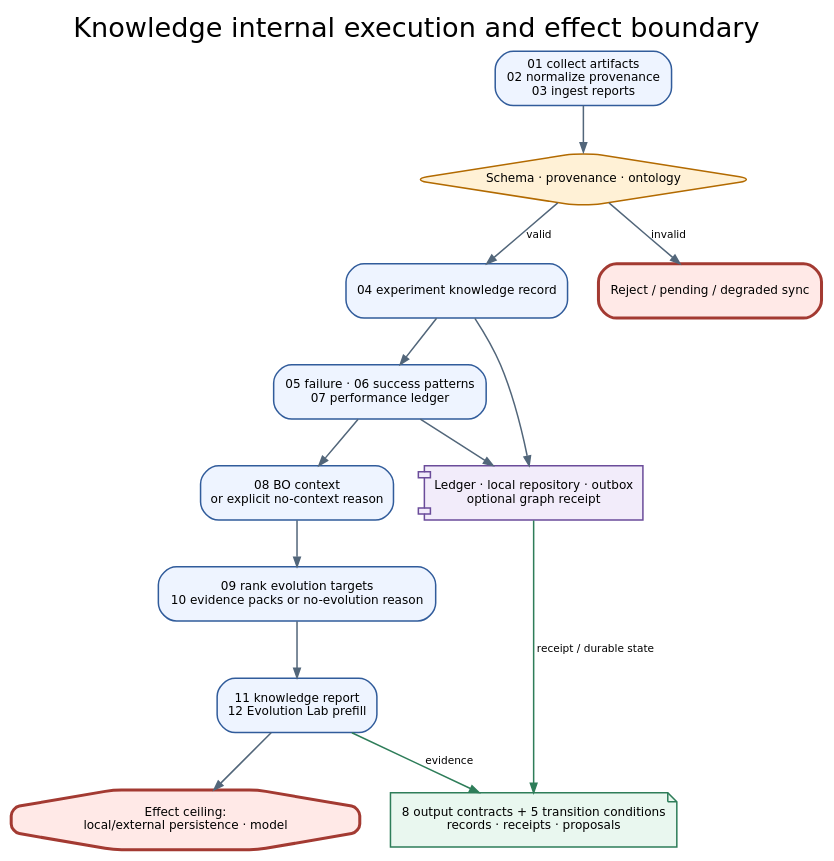
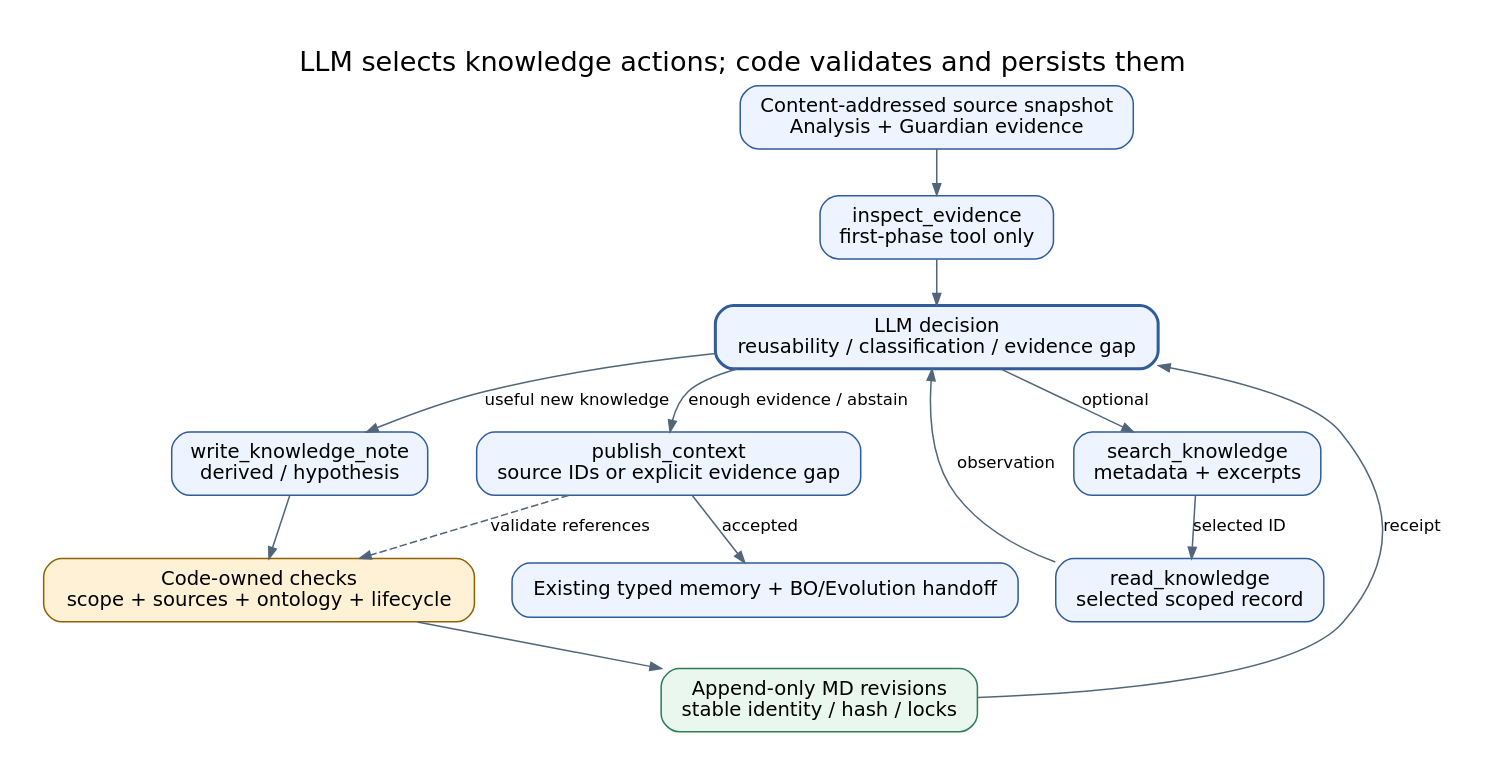
The diagram in docs/agents/assets/figures/knowledge_02_execution_effect_boundary.dot (JIN9811/autonomous_researcher), drawn with Graphviz before and after one commit. The commit also changed 49 other files, not shown here.

First line of the commit message:
feat(knowledge): add ontology-scoped Markdown memory and LLM tool decisions

```diff
--- a/docs/agents/assets/figures/knowledge_02_execution_effect_boundary.dot
+++ b/docs/agents/assets/figures/knowledge_02_execution_effect_boundary.dot
@@ -1,24 +1,25 @@
 digraph knowledge_execution_effect_boundary {
-  graph [rankdir=TB, bgcolor="transparent", pad="0.25", nodesep="0.28", ranksep="0.42", fontname="DejaVu Sans", label="Knowledge internal execution and effect boundary", labelloc="t", fontsize=18];
-  node [shape=box, style="rounded,filled", fillcolor="#EEF4FF", color="#315C9B", fontname="DejaVu Sans", fontsize=8.0, margin="0.08,0.06"];
-  edge [color="#52667A", fontname="DejaVu Sans", fontsize=7.0, arrowsize=0.62];
-  collect [label="01 collect artifacts\n02 normalize provenance\n03 ingest reports"];
-  gate [label="Schema · provenance · ontology", shape=diamond, fillcolor="#FFF1D6", color="#B26A00"];
-  record [label="04 experiment knowledge record"];
-  patterns [label="05 failure · 06 success patterns\n07 performance ledger"];
-  context [label="08 BO context\nor explicit no-context reason"];
-  evolution [label="09 rank evolution targets\n10 evidence packs or no-evolution reason"];
-  output [label="11 knowledge report\n12 Evolution Lab prefill"];
-  service [label="Ledger · local repository · outbox\noptional graph receipt", shape=component, fillcolor="#F2ECFA", color="#6B4C9A"];
-  evidence [label="8 output contracts + 5 transition conditions\nrecords · receipts · proposals", shape=note, fillcolor="#E9F7EF", color="#2E7D59"];
-  reject [label="Reject / pending / degraded sync", fillcolor="#FFE9E7", color="#A33A32", penwidth=2];
-  effect [label="Effect ceiling:\nlocal/external persistence · model", shape=octagon, fillcolor="#FFE9E7", color="#A33A32", penwidth=2];
-  collect -> gate;
-  gate -> record [label="valid"];
-  gate -> reject [label="invalid"];
-  record -> patterns -> context -> evolution -> output -> effect;
-  record -> service;
-  patterns -> service;
-  output -> evidence [label="evidence", color="#2E7D59"];
-  service -> evidence [label="receipt / durable state", color="#2E7D59"];
+  graph [rankdir=TB, bgcolor="white", pad="0.3", nodesep="0.35", ranksep="0.4", fontname="DejaVu Sans", fontsize=18, label="LLM selects knowledge actions; code validates and persists them", labelloc=t];
+  node [shape=box, style="rounded,filled", fillcolor="#EEF4FF", color="#315C9B", fontname="DejaVu Sans", fontsize=13, margin="0.15,0.1"];
+  edge [color="#52667A", fontname="DejaVu Sans", fontsize=11, arrowsize=0.75];
+  snapshot [label="Content-addressed source snapshot\nAnalysis + Guardian evidence"];
+  inspect [label="inspect_evidence\nfirst-phase tool only"];
+  llm [label="LLM decision\nreusability / classification / evidence gap", penwidth=2];
+  search [label="search_knowledge\nmetadata + excerpts"];
+  read [label="read_knowledge\nselected scoped record"];
+  write [label="write_knowledge_note\nderived / hypothesis"];
+  gate [label="Code-owned checks\nscope + sources + ontology + lifecycle", fillcolor="#FFF1D6", color="#916100"];
+  store [label="Append-only MD revisions\nstable identity / hash / locks", fillcolor="#E9F7EF", color="#2E7D59"];
+  publish [label="publish_context\nsource IDs or explicit evidence gap"];
+  handoff [label="Existing typed memory + BO/Evolution handoff"];
+  snapshot -> inspect -> llm;
+  llm -> search [label="optional"];
+  search -> read [label="selected ID"];
+  read -> llm [label="observation"];
+  llm -> write [label="useful new knowledge"];
+  write -> gate -> store;
+  store -> llm [label="receipt"];
+  llm -> publish [label="enough evidence / abstain"];
+  publish -> gate [style=dashed, label="validate references"];
+  publish -> handoff [label="accepted"];
 }
```
